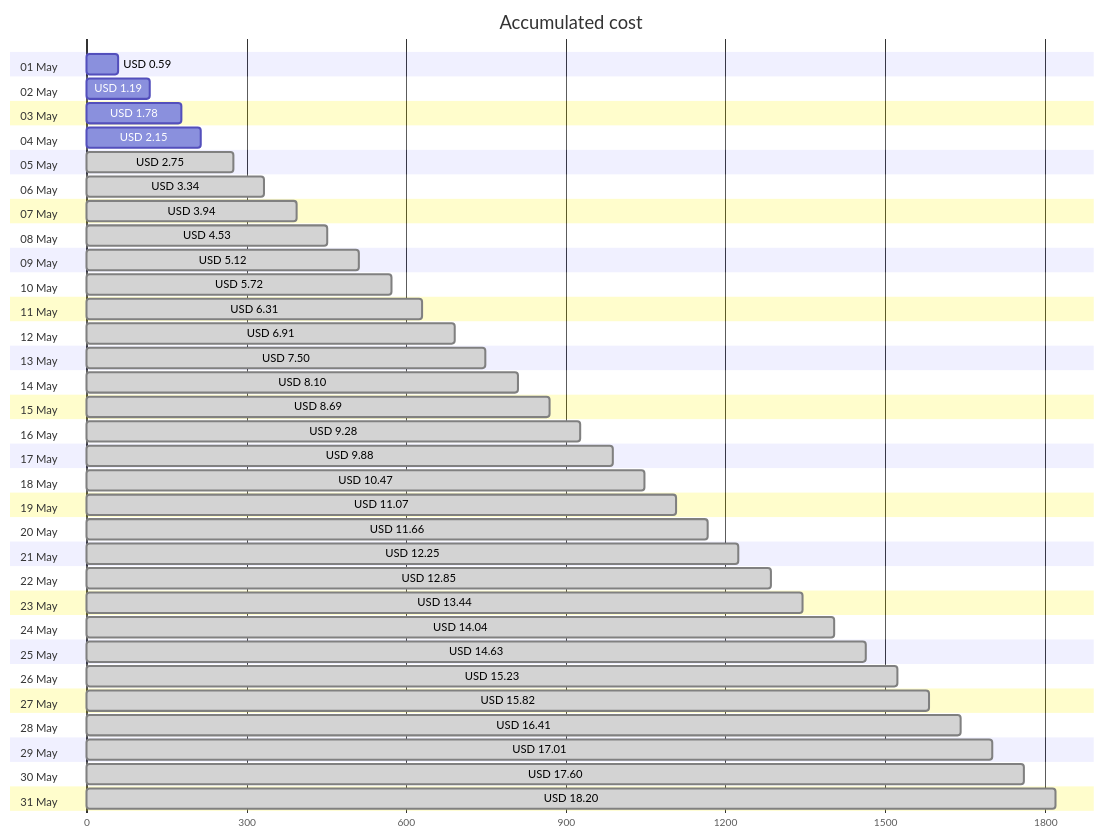
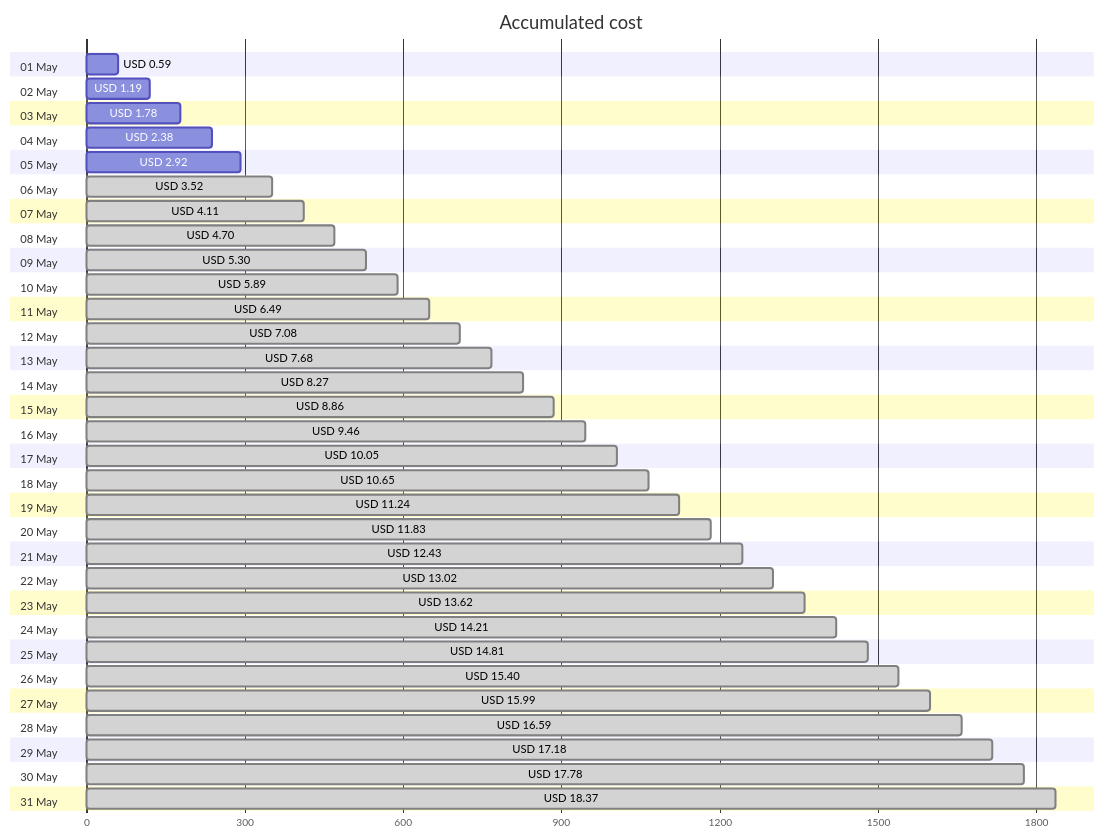
One commit to jpfulton/azure-personal-reports changed the first of 4 diagrams in cost-reports/personal-site/README.md. Above: the diagram before and after it, drawn with Mermaid. The commit also changed other lines of this file and 6 other files, not shown here.

````diff
--- a/cost-reports/personal-site/README.md
+++ b/cost-reports/personal-site/README.md
@@ -20,68 +20,68 @@
 ```mermaid
 gantt
    title Accumulated cost
    dateFormat  X
    axisFormat %s
    section 01 May
    USD 0.59 :0, 59
    section 02 May
    USD 1.19 :0, 119
    section 03 May
    USD 1.78 :0, 178
    section 04 May
-   USD 2.15 :0, 215
+   USD 2.38 :0, 238
    section 05 May
-   USD 2.75 : done, 0, 275
+   USD 2.92 :0, 292
    section 06 May
-   USD 3.34 : done, 0, 334
+   USD 3.52 : done, 0, 352
    section 07 May
-   USD 3.94 : done, 0, 394
+   USD 4.11 : done, 0, 411
    section 08 May
-   USD 4.53 : done, 0, 453
+   USD 4.70 : done, 0, 470
    section 09 May
-   USD 5.12 : done, 0, 512
+   USD 5.30 : done, 0, 530
    section 10 May
-   USD 5.72 : done, 0, 572
+   USD 5.89 : done, 0, 589
    section 11 May
-   USD 6.31 : done, 0, 631
+   USD 6.49 : done, 0, 649
    section 12 May
-   USD 6.91 : done, 0, 691
+   USD 7.08 : done, 0, 708
    section 13 May
-   USD 7.50 : done, 0, 750
+   USD 7.68 : done, 0, 768
    section 14 May
-   USD 8.10 : done, 0, 810
+   USD 8.27 : done, 0, 827
    section 15 May
-   USD 8.69 : done, 0, 869
+   USD 8.86 : done, 0, 886
    section 16 May
-   USD 9.28 : done, 0, 928
+   USD 9.46 : done, 0, 946
    section 17 May
-   USD 9.88 : done, 0, 988
+   USD 10.05 : done, 0, 1005
    section 18 May
-   USD 10.47 : done, 0, 1047
+   USD 10.65 : done, 0, 1065
    section 19 May
-   USD 11.07 : done, 0, 1107
+   USD 11.24 : done, 0, 1124
    section 20 May
-   USD 11.66 : done, 0, 1166
+   USD 11.83 : done, 0, 1183
    section 21 May
-   USD 12.25 : done, 0, 1225
+   USD 12.43 : done, 0, 1243
    section 22 May
-   USD 12.85 : done, 0, 1285
+   USD 13.02 : done, 0, 1302
    section 23 May
-   USD 13.44 : done, 0, 1344
+   USD 13.62 : done, 0, 1362
    section 24 May
-   USD 14.04 : done, 0, 1404
+   USD 14.21 : done, 0, 1421
    section 25 May
-   USD 14.63 : done, 0, 1463
+   USD 14.81 : done, 0, 1481
    section 26 May
-   USD 15.23 : done, 0, 1523
+   USD 15.40 : done, 0, 1540
    section 27 May
-   USD 15.82 : done, 0, 1582
+   USD 15.99 : done, 0, 1599
    section 28 May
-   USD 16.41 : done, 0, 1641
+   USD 16.59 : done, 0, 1659
    section 29 May
-   USD 17.01 : done, 0, 1701
+   USD 17.18 : done, 0, 1718
    section 30 May
-   USD 17.60 : done, 0, 1760
+   USD 17.78 : done, 0, 1778
    section 31 May
-   USD 18.20 : done, 0, 1820
+   USD 18.37 : done, 0, 1837
 ```
````
